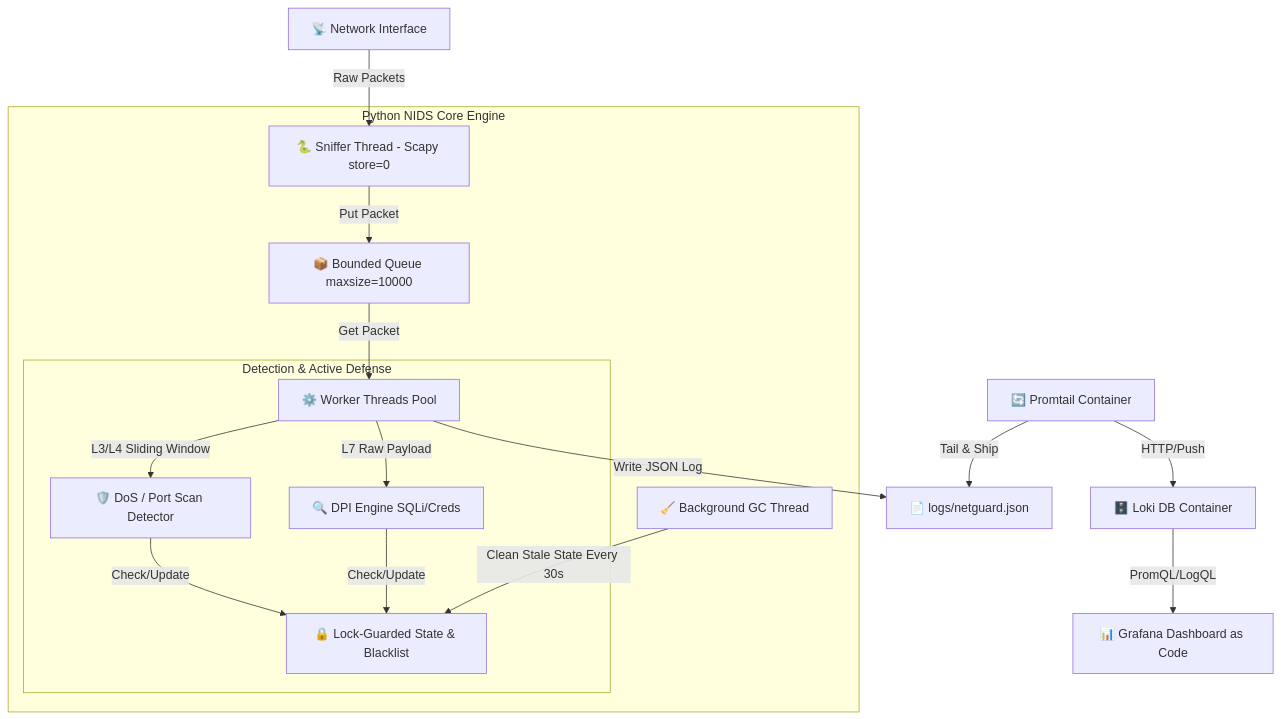
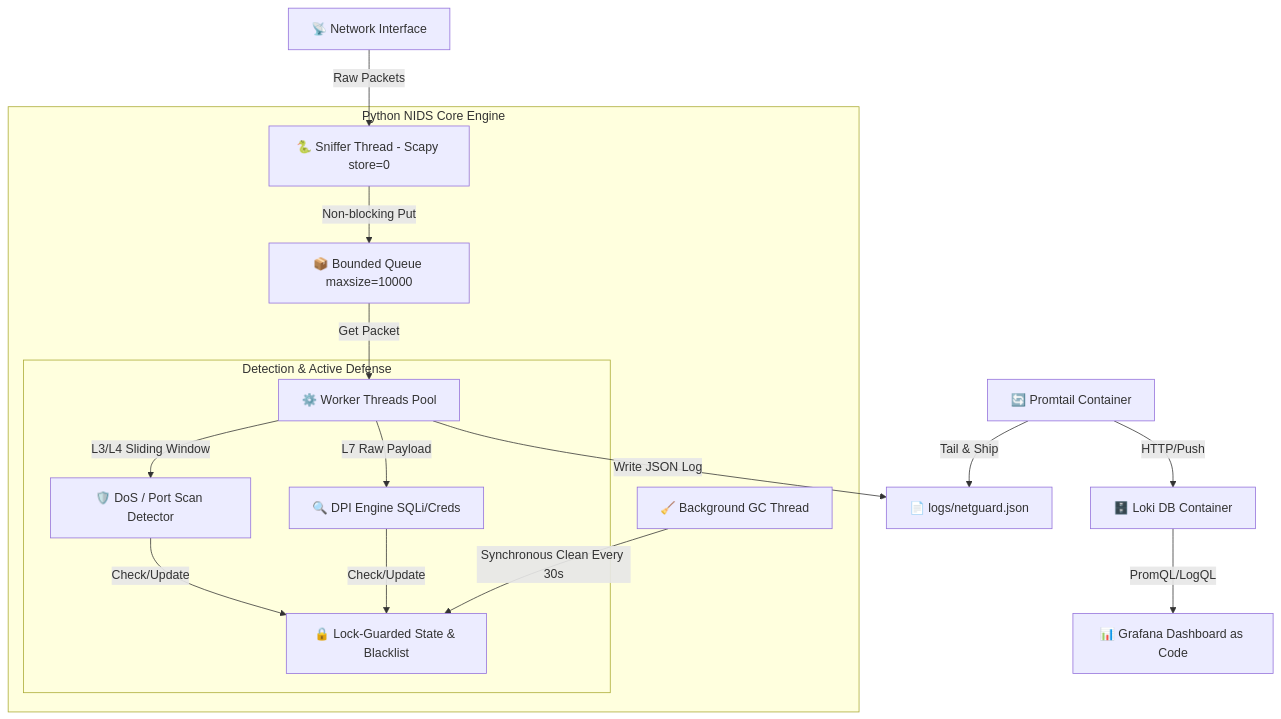
Before and after one commit to RazEini/NetGuard: the diagram in README.md, drawn with Mermaid. The commit also changed other lines of this file, not shown here.

First line of the commit message:
Revise architecture and performance details in README

````diff
--- a/README.md
+++ b/README.md
@@ -28,25 +28,25 @@
 ```mermaid
 graph TD
     %% Traffic Input
     NIC[📡 Network Interface] -->|Raw Packets| SnifferThread[🐍 Sniffer Thread - Scapy store=0]
     
     %% Core Engine
     subgraph Engine [Python NIDS Core Engine]
-        SnifferThread -->|Put Packet| Queue[📦 Bounded Queue maxsize=10000]
+        SnifferThread -->|Non-blocking Put| Queue[📦 Bounded Queue maxsize=10000]
         Queue -->|Get Packet| Worker[⚙️ Worker Threads Pool]
         
         subgraph Detection [Detection & Active Defense]
             Worker -->|L3/L4 Sliding Window| Anomaly[🛡️ DoS / Port Scan Detector]
             Worker -->|L7 Raw Payload| DPI[🔍 DPI Engine SQLi/Creds]
             Anomaly & DPI -->|Check/Update| State[🔒 Lock-Guarded State & Blacklist]
         end
         
-        GC[🧹 Background GC Thread] -->|Clean Stale State Every 30s| State
+        GC[🧹 Background GC Thread] -->|Synchronous Clean Every 30s| State
     end
 
     %% Logging & Observability
     Worker -->|Write JSON Log| LogFile[📄 logs/netguard.json]
     Promtail[🔄 Promtail Container] -->|Tail & Ship| LogFile
     Promtail -->|HTTP/Push| Loki[🗄️ Loki DB Container]
     Loki -->|PromQL/LogQL| Grafana[📊 Grafana Dashboard as Code]
 ```
````
